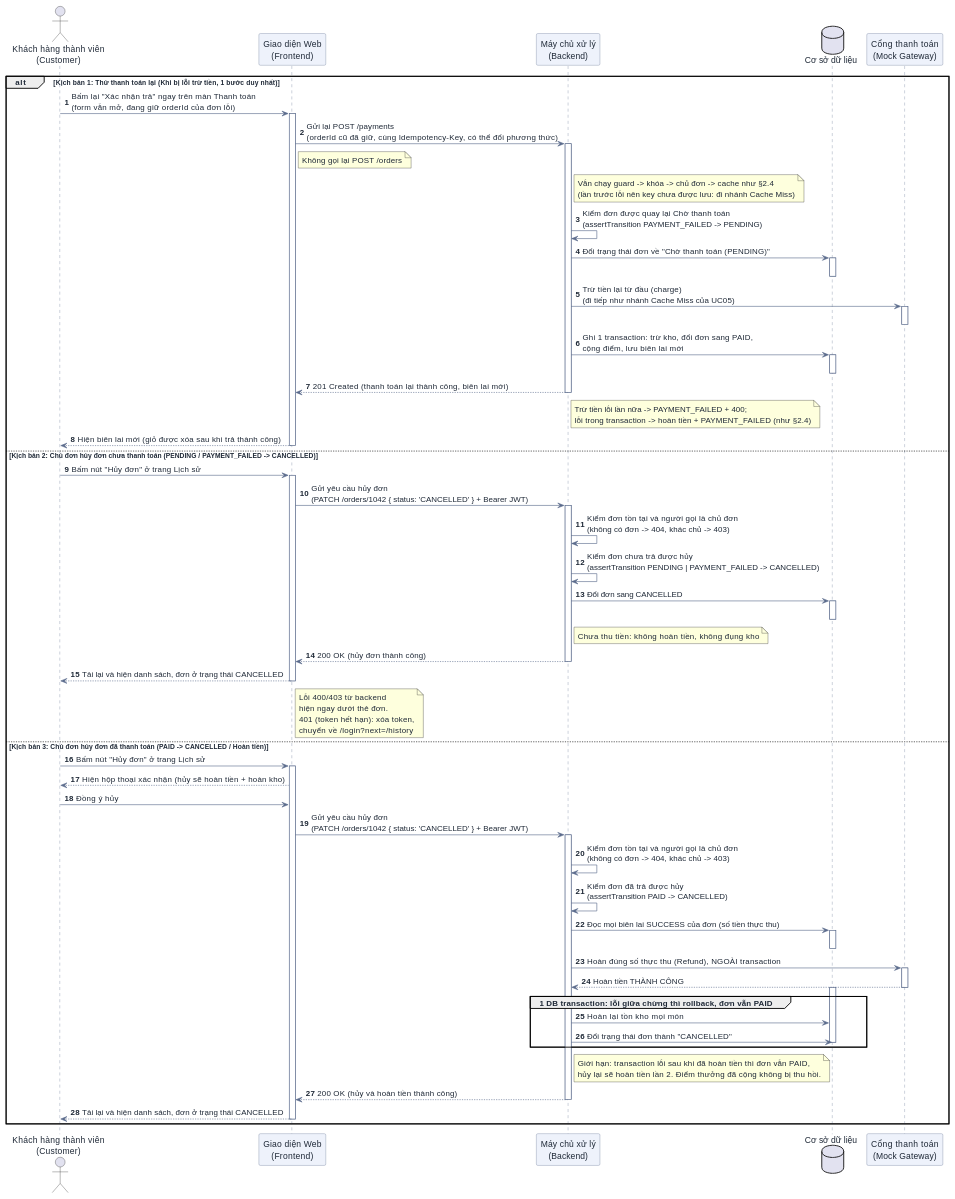
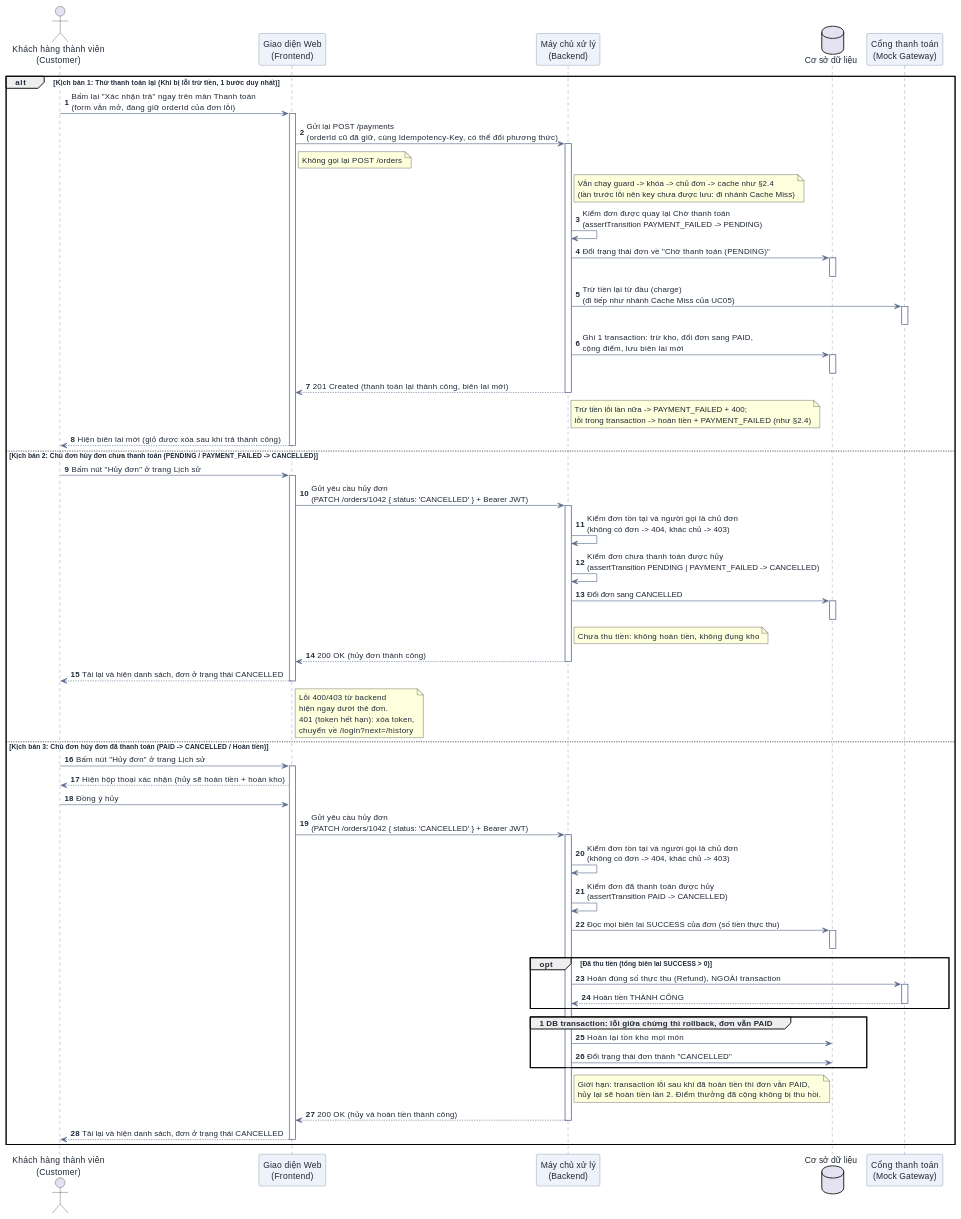
The fifth of 10 diagrams in docs/user-sequence-specifications.md (DuVinhLoi/BrewLite), drawn with PlantUML before and after one commit. The commit also changed other lines of this file, not shown here.

Commit message:
docs: align sequence diagrams with code after review

```diff
--- a/docs/user-sequence-specifications.md
+++ b/docs/user-sequence-specifications.md
@@ -662,7 +672,7 @@
     FE -> BE : Gửi yêu cầu hủy đơn\n(PATCH /orders/1042 { status: 'CANCELLED' } + Bearer JWT)
     activate BE
     BE -> BE : Kiểm đơn tồn tại và người gọi là chủ đơn\n(không có đơn -> 404, khác chủ -> 403)
-    BE -> BE : Kiểm đơn chưa trả được hủy\n(assertTransition PENDING | PAYMENT_FAILED -> CANCELLED)
+    BE -> BE : Kiểm đơn chưa thanh toán được hủy\n(assertTransition PENDING | PAYMENT_FAILED -> CANCELLED)
     BE -> DB : Đổi đơn sang CANCELLED
     activate DB
     deactivate DB
@@ -681,14 +691,16 @@
     FE -> BE : Gửi yêu cầu hủy đơn\n(PATCH /orders/1042 { status: 'CANCELLED' } + Bearer JWT)
     activate BE
     BE -> BE : Kiểm đơn tồn tại và người gọi là chủ đơn\n(không có đơn -> 404, khác chủ -> 403)
-    BE -> BE : Kiểm đơn đã trả được hủy\n(assertTransition PAID -> CANCELLED)
+    BE -> BE : Kiểm đơn đã thanh toán được hủy\n(assertTransition PAID -> CANCELLED)
     BE -> DB : Đọc mọi biên lai SUCCESS của đơn (số tiền thực thu)
     activate DB
     deactivate DB
-    BE -> Gateway : Hoàn đúng số thực thu (Refund), NGOÀI transaction
-    activate Gateway
-    Gateway --> BE : Hoàn tiền THÀNH CÔNG
-    deactivate Gateway
+    opt Đã thu tiền (tổng biên lai SUCCESS > 0)
+        BE -> Gateway : Hoàn đúng số thực thu (Refund), NGOÀI transaction
+        activate Gateway
+        Gateway --> BE : Hoàn tiền THÀNH CÔNG
+        deactivate Gateway
+    end
     group 1 DB transaction: lỗi giữa chừng thì rollback, đơn vẫn PAID
         activate DB
         BE -> DB : Hoàn lại tồn kho mọi món
```
